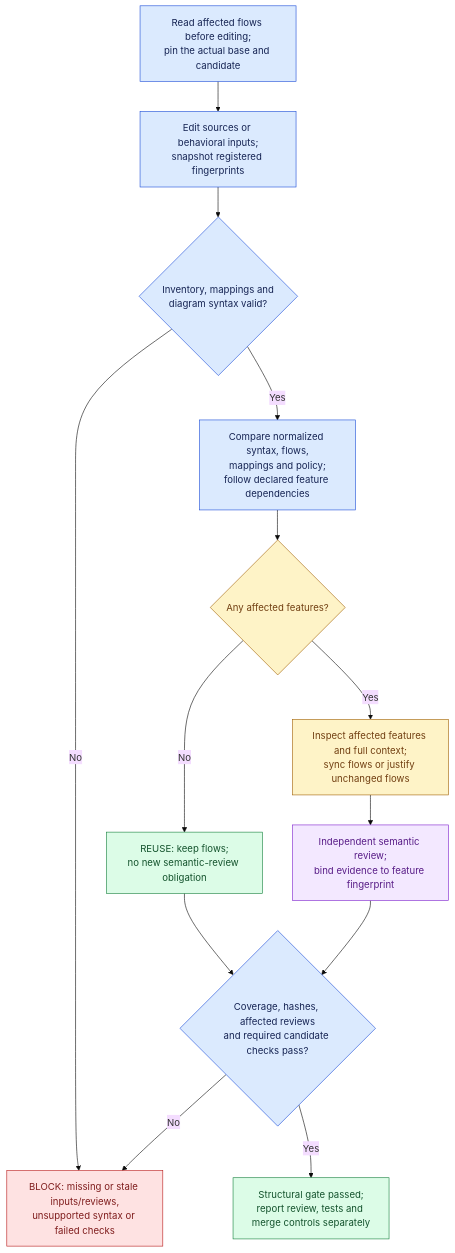
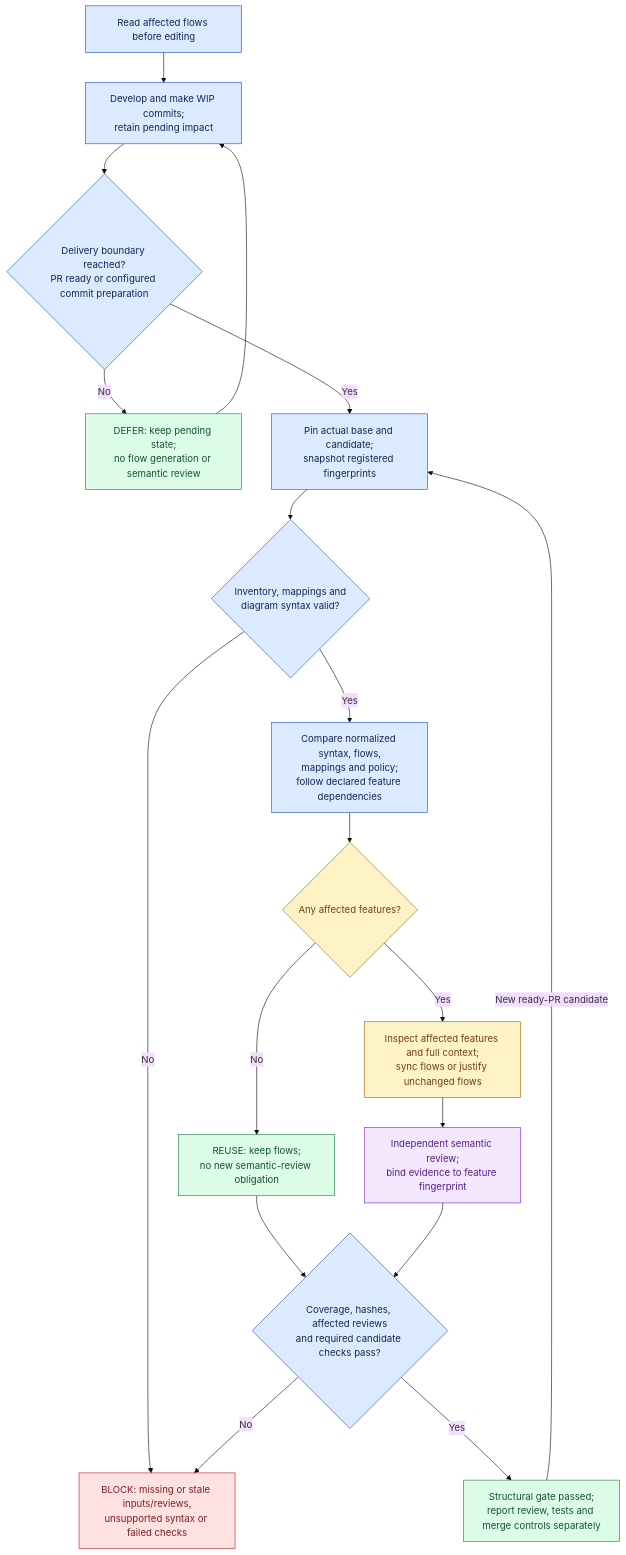
One commit to CloudWorkTools/skills changed the diagram in skills/flow-docs-sync/SKILL.md. Above: the diagram before and after it, drawn with Mermaid (base theme). The commit also changed other lines of this file and 16 other files, not shown here.

Commit message:
fix: sync flow docs at delivery and enforce skill checks (#6)

````diff
--- a/skills/flow-docs-sync/SKILL.md
+++ b/skills/flow-docs-sync/SKILL.md
@@ -94,36 +102,44 @@
 ```mermaid
 flowchart TD
-    A["Read affected flows before editing;<br/>pin the actual base and candidate"]
-    B["Edit sources or behavioral inputs;<br/>snapshot registered fingerprints"]
+    A["Read affected flows before editing"]
+    W["Develop and make WIP commits;<br/>retain pending impact"]
+    T{"Delivery boundary reached?<br/>PR ready or configured commit preparation"}
+    P["DEFER: keep pending state;<br/>no flow generation or semantic review"]
+    B["Pin actual base and candidate;<br/>snapshot registered fingerprints"]
     C{"Inventory, mappings and<br/>diagram syntax valid?"}
     D["Compare normalized syntax, flows,<br/>mappings and policy;<br/>follow declared feature dependencies"]
     E{"Any affected features?"}
     F["REUSE: keep flows;<br/>no new semantic-review obligation"]
     G["Inspect affected features and full context;<br/>sync flows or justify unchanged flows"]
     H["Independent semantic review;<br/>bind evidence to feature fingerprint"]
     I{"Coverage, hashes, affected reviews<br/>and required candidate checks pass?"}
     J["BLOCK: missing or stale inputs/reviews,<br/>unsupported syntax or failed checks"]
     K["Structural gate passed;<br/>report review, tests and merge controls separately"]
-    A --> B
+    A --> W
+    W --> T
+    T -->|No| P
+    P --> W
+    T -->|Yes| B
     B --> C
     C -->|No| J
     C -->|Yes| D
     D --> E
     E -->|No| F
     E -->|Yes| G
     F --> I
     G --> H
     H --> I
     I -->|No| J
     I -->|Yes| K
+    K -->|New ready-PR candidate| B
     classDef mechanical fill:#dbeafe,stroke:#1d4ed8,color:#172554
     classDef reuse fill:#dcfce7,stroke:#15803d,color:#14532d
     classDef affected fill:#fef3c7,stroke:#a16207,color:#713f12
     classDef review fill:#f3e8ff,stroke:#7e22ce,color:#581c87
     classDef blocked fill:#fee2e2,stroke:#b91c1c,color:#7f1d1d
-    class A,B,C,D,I mechanical
-    class F,K reuse
+    class A,W,T,B,C,D,I mechanical
+    class P,F,K reuse
     class E,G affected
     class H review
     class J blocked
 ```
````
